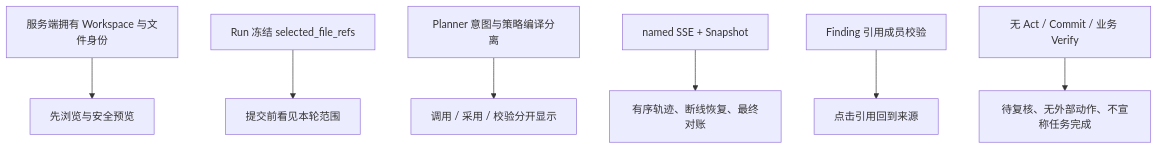
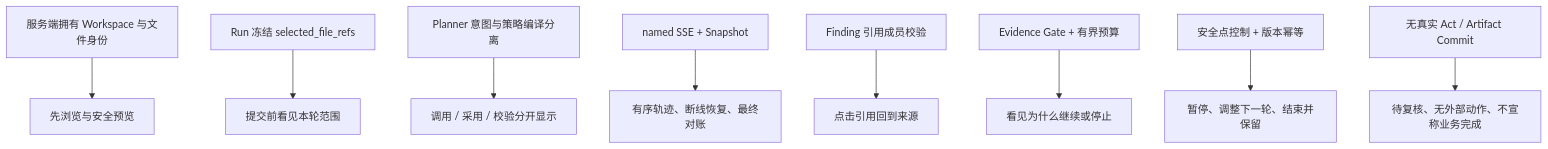
The fourth of 4 diagrams in docs/reports/OFFICE-AGENT-DETAILED-CHINESE-REPORT-20260825.md (Dickey007s/lenovo_agent), drawn with Mermaid before and after one commit. The commit also changed other lines of this file and 14 other files, not shown here.

````diff
--- a/docs/reports/OFFICE-AGENT-DETAILED-CHINESE-REPORT-20260825.md
+++ b/docs/reports/OFFICE-AGENT-DETAILED-CHINESE-REPORT-20260825.md
@@ -582,9 +603,11 @@
 ```mermaid
 flowchart TB
     S1[服务端拥有 Workspace 与文件身份] --> U1[先浏览与安全预览]
     S2[Run 冻结 selected_file_refs] --> U2[提交前看见本轮范围]
     S3[Planner 意图与策略编译分离] --> U3[调用 / 采用 / 校验分开显示]
     S4[named SSE + Snapshot] --> U4[有序轨迹、断线恢复、最终对账]
     S5[Finding 引用成员校验] --> U5[点击引用回到来源]
-    S6[无 Act / Commit / 业务 Verify] --> U6[待复核、无外部动作、不宣称任务完成]
+    S6[Evidence Gate + 有界预算] --> U6[看见为什么继续或停止]
+    S7[安全点控制 + 版本幂等] --> U7[暂停、调整下一轮、结束并保留]
+    S8[无真实 Act / Artifact Commit] --> U8[待复核、无外部动作、不宣称业务完成]
 ```
````
